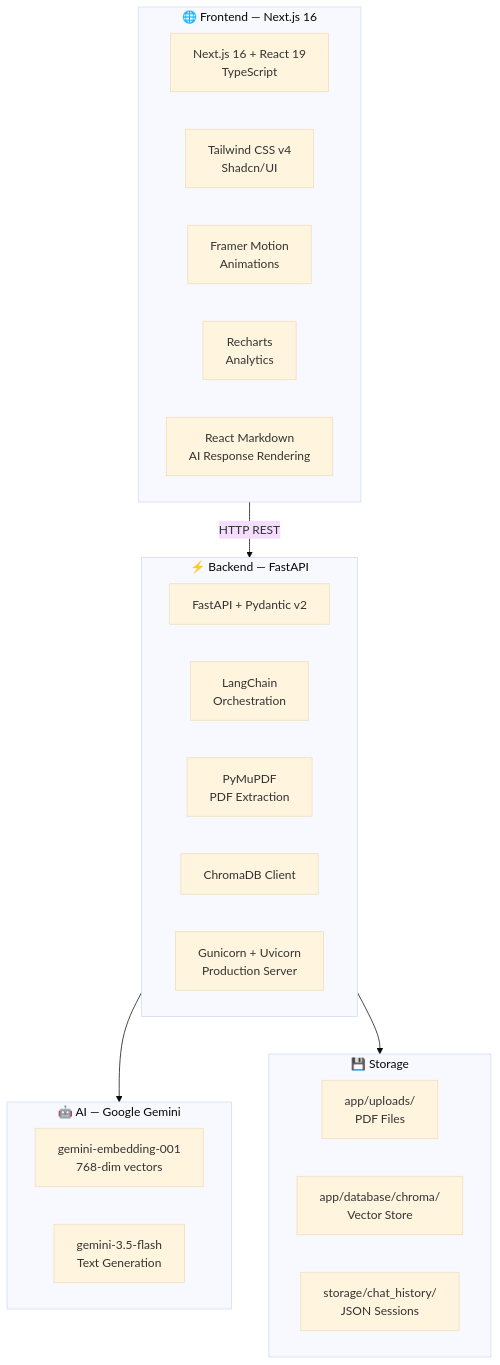
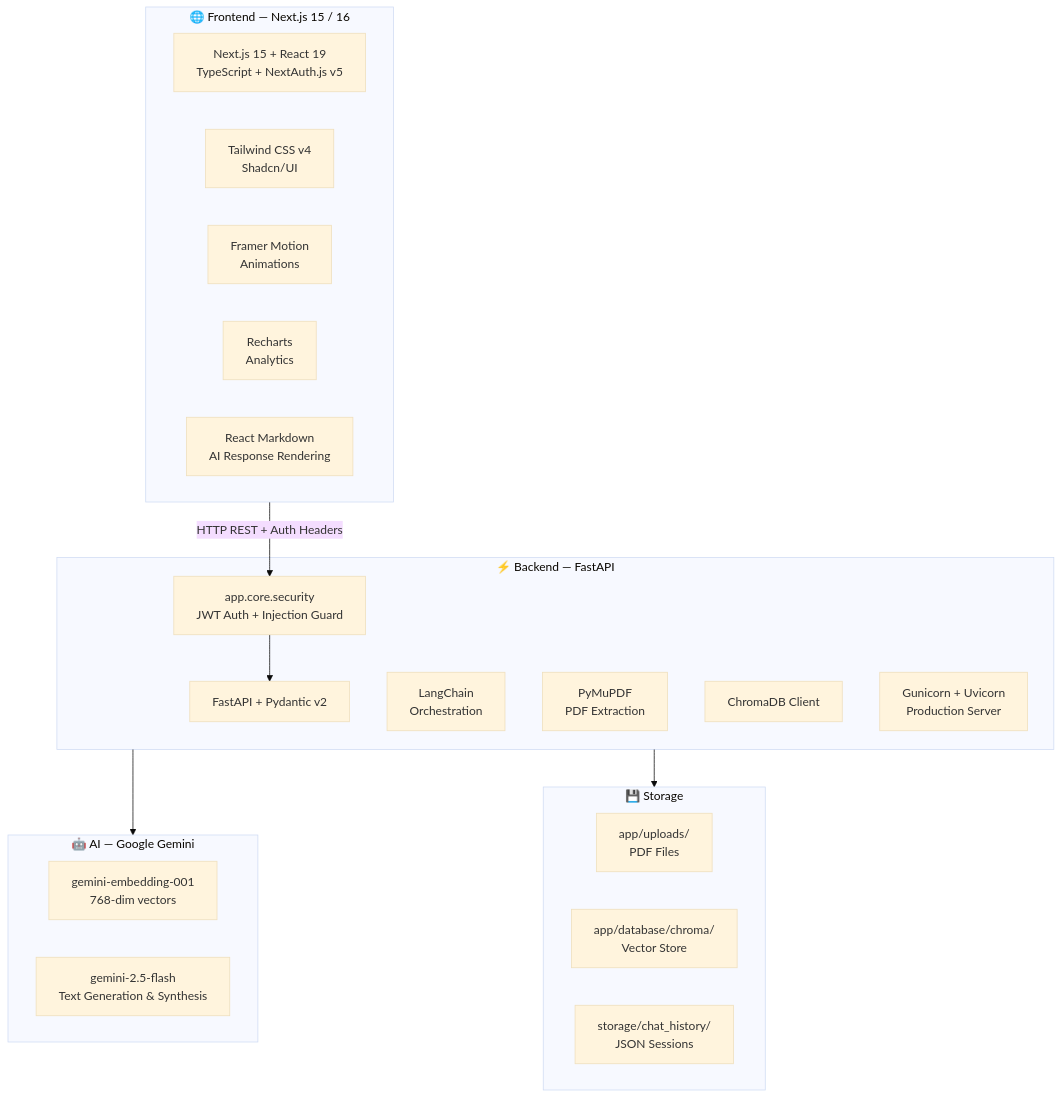
The second of 18 diagrams in ARCHITECTURE.md (raghavsoni039/ResearchMindAI), drawn with Mermaid (base theme) before and after one commit. The commit also changed other lines of this file and 8 other files, not shown here.

````diff
--- a/ARCHITECTURE.md
+++ b/ARCHITECTURE.md
@@ -100,33 +100,35 @@
 ```mermaid
 graph TD
-    subgraph FE["🌐 Frontend — Next.js 16"]
-        NX["Next.js 16 + React 19\nTypeScript"]
+    subgraph FE["🌐 Frontend — Next.js 15 / 16"]
+        NX["Next.js 15 + React 19\nTypeScript + NextAuth.js v5"]
         TW["Tailwind CSS v4\nShadcn/UI"]
         FM["Framer Motion\nAnimations"]
         RC["Recharts\nAnalytics"]
         RMD["React Markdown\nAI Response Rendering"]
     end
 
     subgraph BE["⚡ Backend — FastAPI"]
         FA["FastAPI + Pydantic v2"]
+        SEC["app.core.security\nJWT Auth + Injection Guard"]
         LC["LangChain\nOrchestration"]
         MF["PyMuPDF\nPDF Extraction"]
         CDB2["ChromaDB Client"]
         GV["Gunicorn + Uvicorn\nProduction Server"]
     end
 
     subgraph AI["🤖 AI — Google Gemini"]
         EMB["gemini-embedding-001\n768-dim vectors"]
-        GEN["gemini-3.5-flash\nText Generation"]
+        GEN["gemini-2.5-flash\nText Generation & Synthesis"]
     end
 
     subgraph ST["💾 Storage"]
         UPL["app/uploads/\nPDF Files"]
         VEC["app/database/chroma/\nVector Store"]
         CHAT["storage/chat_history/\nJSON Sessions"]
     end
 
-    FE -->|HTTP REST| BE
+    FE -->|HTTP REST + Auth Headers| SEC
+    SEC --> FA
     BE --> AI
     BE --> ST
 ```
````
